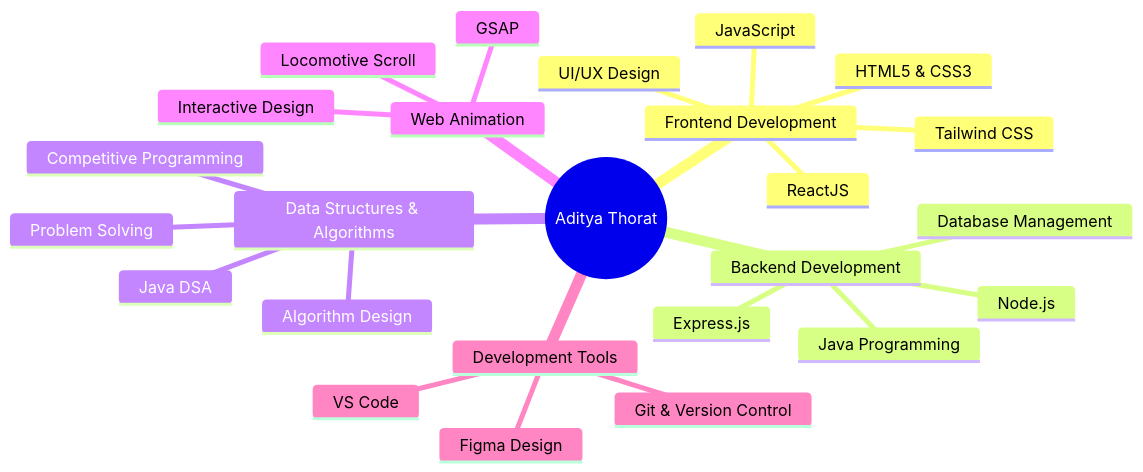
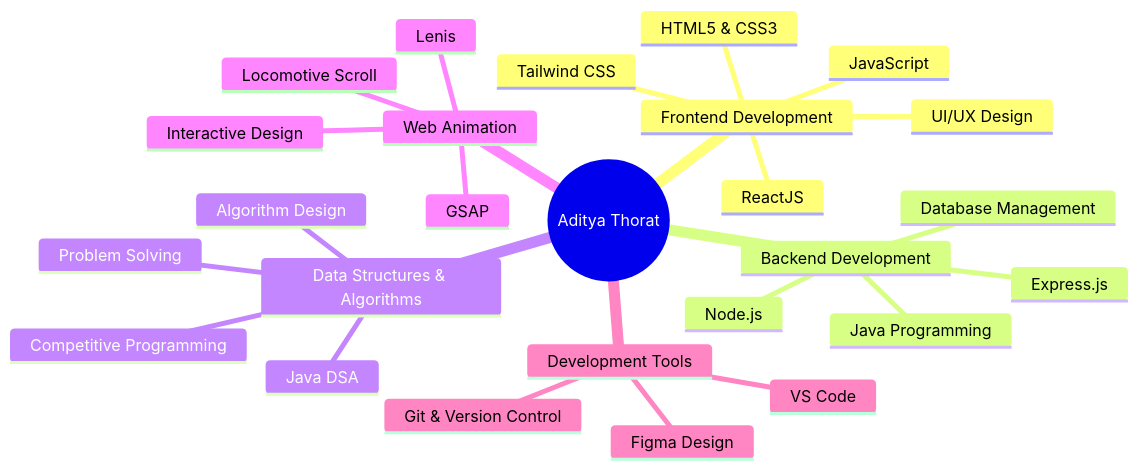
One commit to AdiThorat-eth/AdiThorat-eth changed the diagram in README.md. Above: the diagram before and after it, drawn with Mermaid. The commit also changed other lines of this file, not shown here.

````diff
--- a/README.md
+++ b/README.md
@@ -87,28 +87,29 @@
 ```mermaid
 mindmap
   root((Aditya Thorat))
     Frontend Development
       ReactJS
       HTML5 & CSS3
       JavaScript
       Tailwind CSS
       UI/UX Design
     Backend Development
       Java Programming
       Node.js
       Express.js
       Database Management
     Data Structures & Algorithms
       Problem Solving
       Algorithm Design
       Java DSA
       Competitive Programming
     Web Animation
       GSAP
       Locomotive Scroll
       Interactive Design
+      Lenis
     Development Tools
       Git & Version Control
       VS Code
       Figma Design
 ```
````
